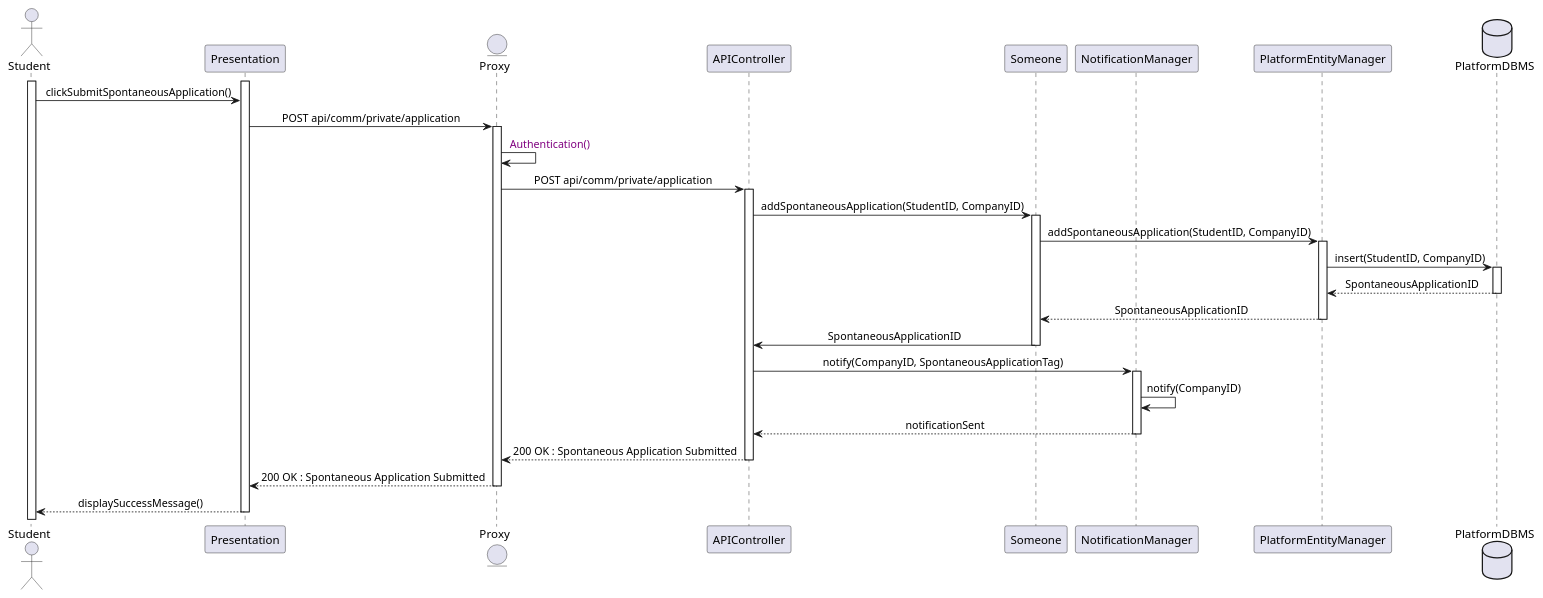
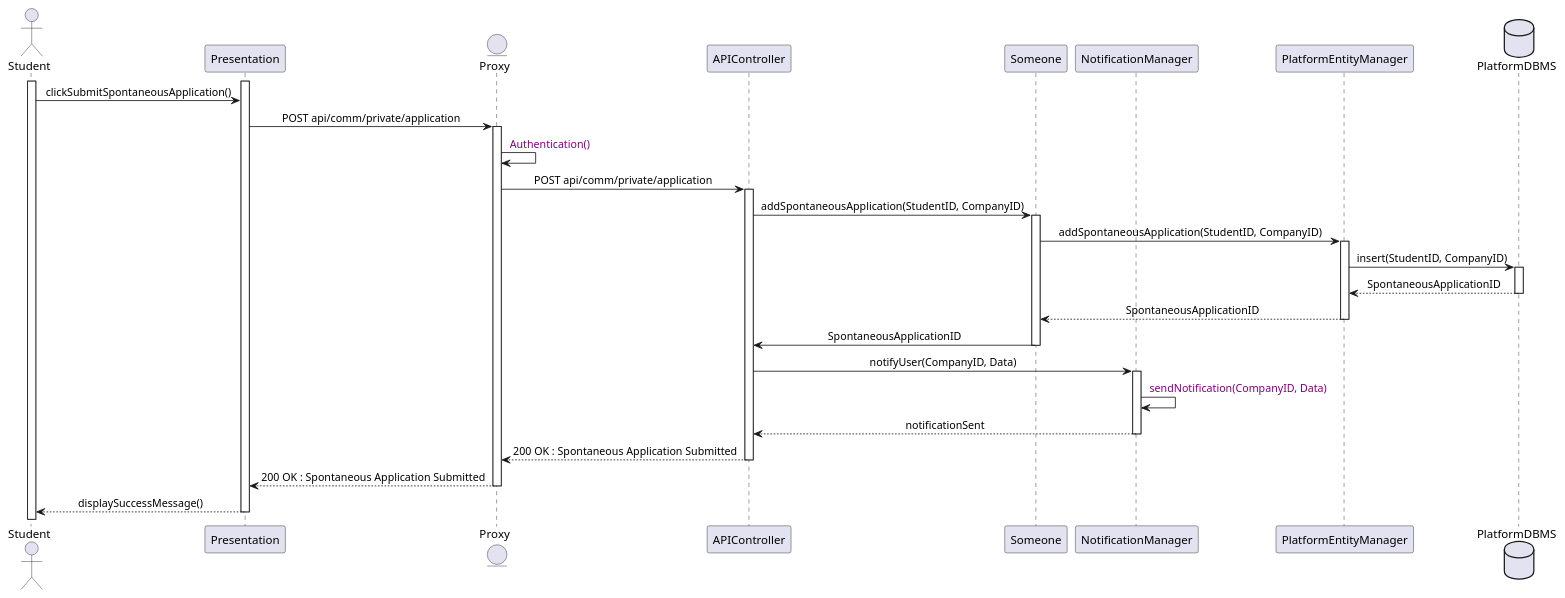
The diagram in Diagrams/SequenceDiagrams/DD/7StudentSendsSpontaneousApplication.wsd (Slaitroc/RicciPaoliGrisoni), drawn with PlantUML before and after one commit. The commit also changed 4 other files, not shown here.

Commit message:
Refactor DD SequenceDiagrams 3-6.1-6.2-7-8 with updated notifications convention

```diff
--- a/Diagrams/SequenceDiagrams/DD/7StudentSendsSpontaneousApplication.wsd
+++ b/Diagrams/SequenceDiagrams/DD/7StudentSendsSpontaneousApplication.wsd
@@ -1,33 +1,33 @@
 @startuml Spontaneous Application Submission
 skinparam sequenceMessageAlign center
 
 actor       Student
 participant  Presentation
 entity      Proxy
 participant APIController
 participant Someone
 participant NotificationManager
 participant PlatformEntityManager
 database    PlatformDBMS
 
 activate Student
 activate Presentation
 Student -> Presentation : clickSubmitSpontaneousApplication()
 
 Presentation -> Proxy ++ : POST api/comm/private/application
 Proxy -> Proxy  : <color:purple> Authentication()
 Proxy -> APIController ++ : POST api/comm/private/application
 APIController -> Someone ++ : addSpontaneousApplication(StudentID, CompanyID)
 Someone -> PlatformEntityManager ++ : addSpontaneousApplication(StudentID, CompanyID) 
 PlatformEntityManager -> PlatformDBMS ++ : insert(StudentID, CompanyID)
 PlatformDBMS --> PlatformEntityManager -- : SpontaneousApplicationID
 PlatformEntityManager --> Someone -- : SpontaneousApplicationID
 Someone -> APIController -- : SpontaneousApplicationID
-APIController -> NotificationManager ++ : notify(CompanyID, SpontaneousApplicationTag)
-NotificationManager -> NotificationManager : notify(CompanyID)
+APIController -> NotificationManager ++ : notifyUser(CompanyID, Data)
+NotificationManager -> NotificationManager : <color:purple> sendNotification(CompanyID, Data)
 NotificationManager --> APIController -- : notificationSent
 APIController --> Proxy -- : 200 OK : Spontaneous Application Submitted
 Proxy --> Presentation -- : 200 OK : Spontaneous Application Submitted
 Presentation --> Student -- : displaySuccessMessage()
 
 @enduml
```
